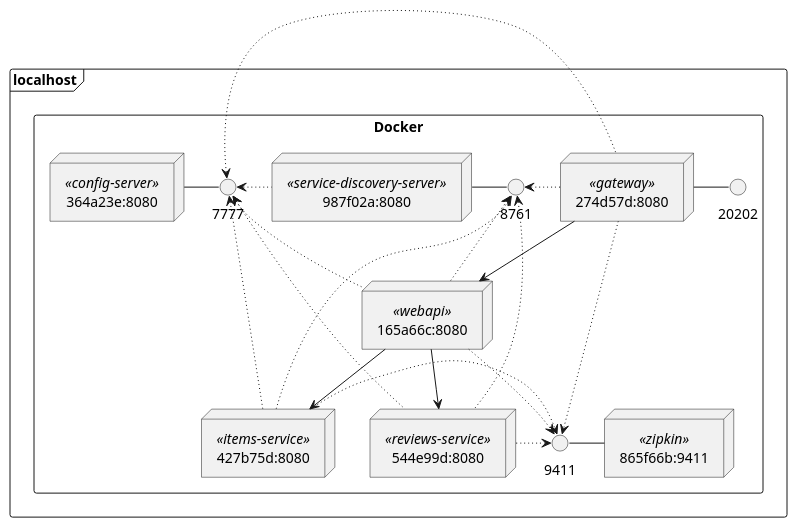
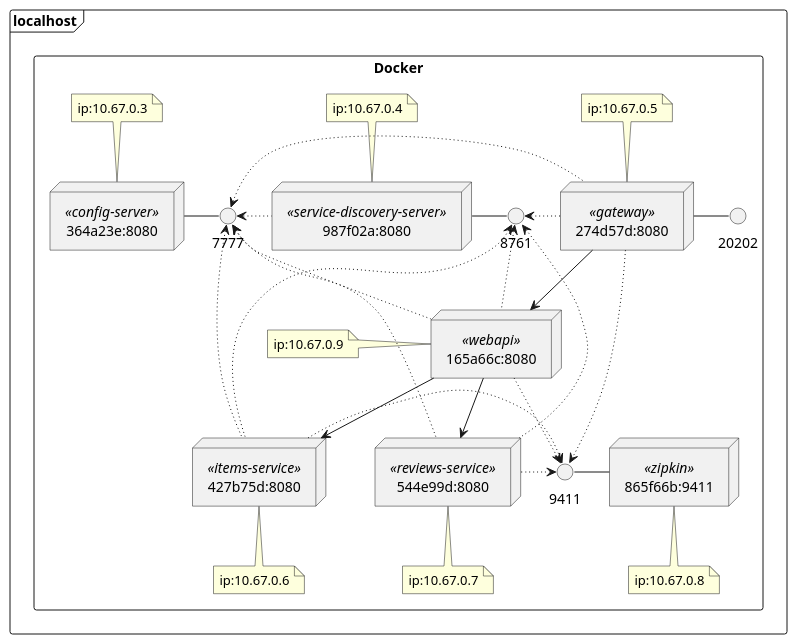
Before and after one commit to kenalexandersson/acorn-microservices-tutorial: the diagram in guide/puml/docker-run-services.puml, drawn with PlantUML. The commit also changed 2 other files, not shown here.

```diff
--- a/guide/puml/docker-run-services.puml
+++ b/guide/puml/docker-run-services.puml
@@ -1,58 +1,65 @@
 @startuml
 
 skinparam shadowing false
 
 frame localhost {
 
     rectangle Docker {
 
         node 364a23e:8080 <<config-server>> as cs {
         }
         node 987f02a:8080 <<service-discovery-server>> as sds {
         }
         node 274d57d:8080 <<gateway>> as gateway {
         }
         node 165a66c:8080 <<webapi>> as webapi {
         }
         node 427b75d:8080 <<items-service>> as is {
         }
         node 544e99d:8080 <<reviews-service>> as rs {
         }
         node 865f66b:9411 <<zipkin>> as zipkin {
         }
-
 
         interface 20202 as gateport
         interface 9411 as zipport
         interface 7777 as csport
         interface 8761 as sdsport
         interface 8761 as sdsport
 
         gateway - gateport
         zipkin -left- zipport
 
         cs - csport
         csport <~ gateway
         csport <~ webapi
         csport <~ is
         csport <~ rs
         csport <~ sds
 
         sds - sdsport
         sdsport <~ gateway
         sdsport <~ webapi
         sdsport <~ is
         sdsport <~ rs
 
         gateway --> webapi
         webapi --> is
         webapi --> rs
 
         gateway ~> zipport
         webapi ~> zipport
         is ~> zipport
         rs ~> zipport
+
+        note top of cs : ip:10.67.0.3
+        note top of sds : ip:10.67.0.4
+        note top of gateway : ip:10.67.0.5
+        note bottom of is : ip:10.67.0.6
+        note bottom of rs : ip:10.67.0.7
+        note bottom of zipkin : ip:10.67.0.8
+        note left of webapi : ip:10.67.0.9
     }
 }
 
 @enduml
```
